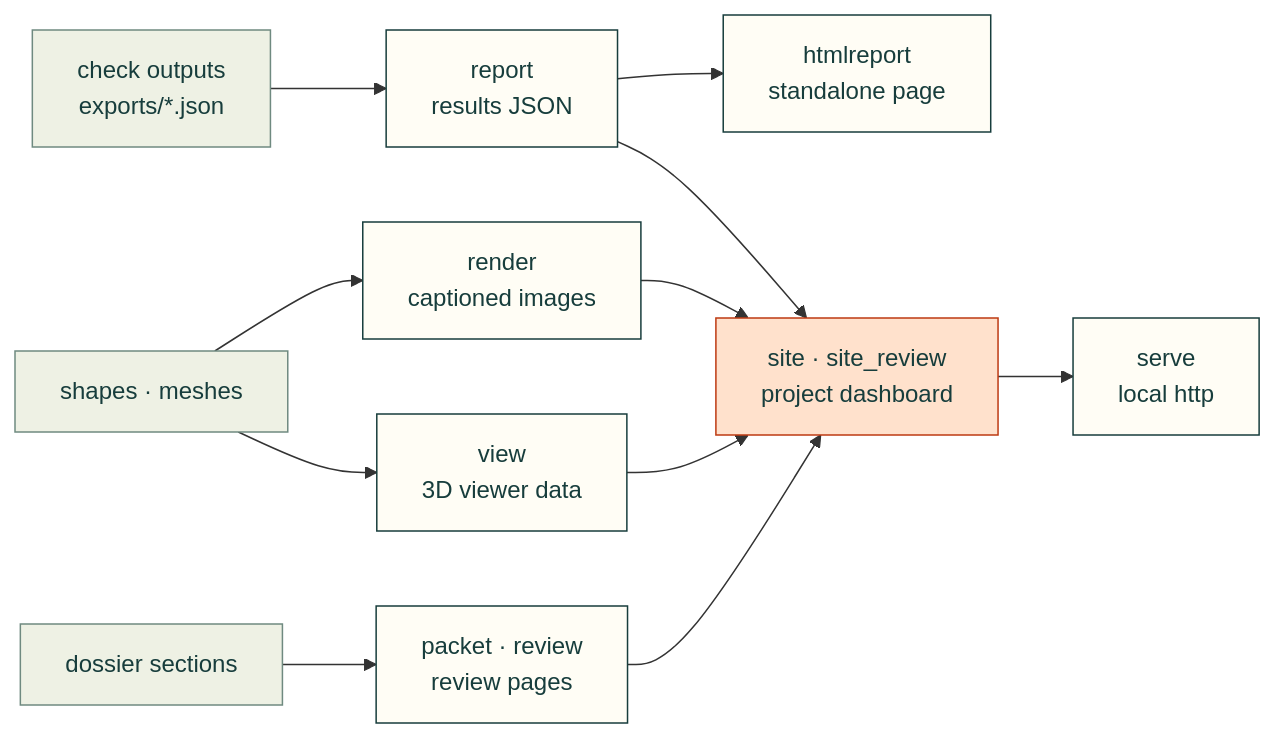
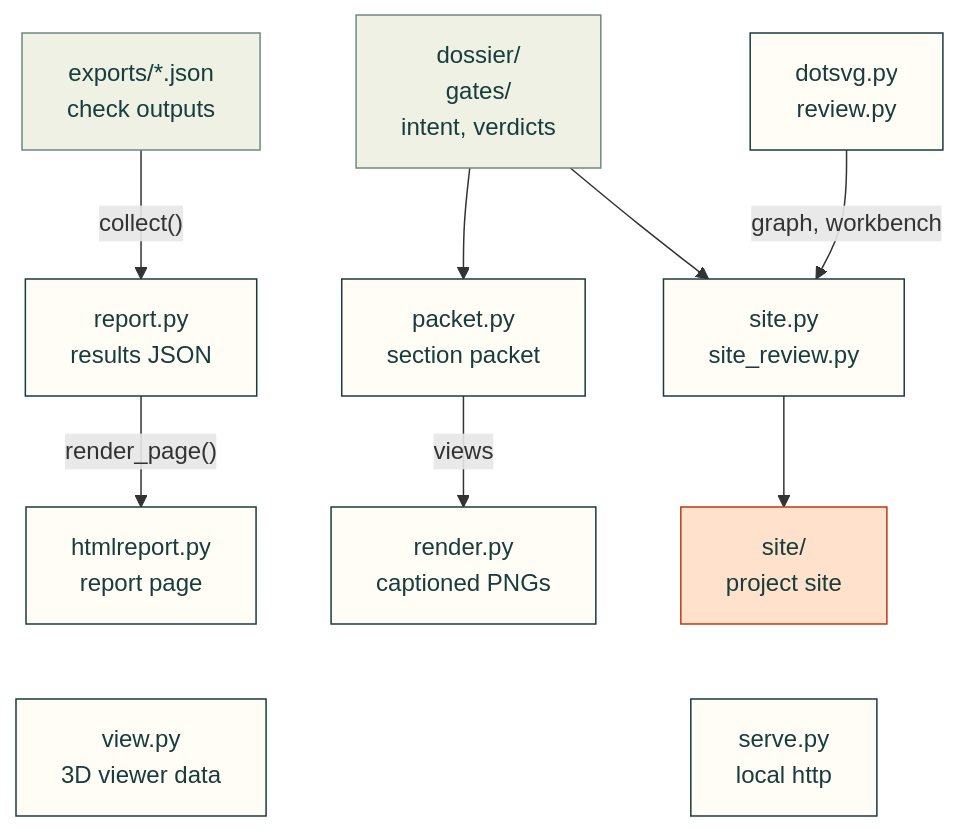
The diagram in src/cadagent/publish/README.md (Valpatel/cad-agent), drawn with Mermaid before and after one commit. The commit also changed other lines of this file and 4 other files, not shown here.

First line of the commit message:
Package READMEs: diagrams top-down, arrows from the code

````diff
--- a/src/cadagent/publish/README.md
+++ b/src/cadagent/publish/README.md
@@ -6,16 +9,18 @@
 ```mermaid
-flowchart LR
-    X["check outputs<br/>exports/*.json"] --> R["report<br/>results JSON"]
-    R --> H["htmlreport<br/>standalone page"]
-    S["shapes · meshes"] --> RN["render<br/>captioned images"]
-    S --> V["view<br/>3D viewer data"]
-    D["dossier sections"] --> PK["packet · review<br/>review pages"]
-    R & RN & V & PK --> SITE["site · site_review<br/>project dashboard"]
-    SITE --> SV["serve<br/>local http"]
+flowchart TD
+    X["exports/*.json<br/>check outputs"] -->|"collect()"| R["report.py<br/>results JSON"]
+    R -->|"render_page()"| H["htmlreport.py<br/>report page"]
+    D["dossier/<br/>gates/<br/>intent, verdicts"] --> PK["packet.py<br/>section packet"]
+    PK -->|"views"| RN["render.py<br/>captioned PNGs"]
+    D --> ST["site.py<br/>site_review.py"]
+    DR["dotsvg.py<br/>review.py"] -->|"graph, workbench"| ST
+    ST --> O["site/<br/>project site"]
+    H ~~~ V["view.py<br/>3D viewer data"]
+    O ~~~ SV["serve.py<br/>local http"]
     classDef here fill:#fffdf5,stroke:#173d3c,color:#173d3c
     classDef near fill:#eef1e4,stroke:#6f8a80,color:#173d3c
     classDef out fill:#ffe1cc,stroke:#bd3a12,color:#173d3c
-    class R,H,RN,V,PK,SV here
-    class X,S,D near
-    class SITE out
+    class R,H,PK,RN,ST,DR,V,SV here
+    class X,D near
+    class O out
 ```
````
